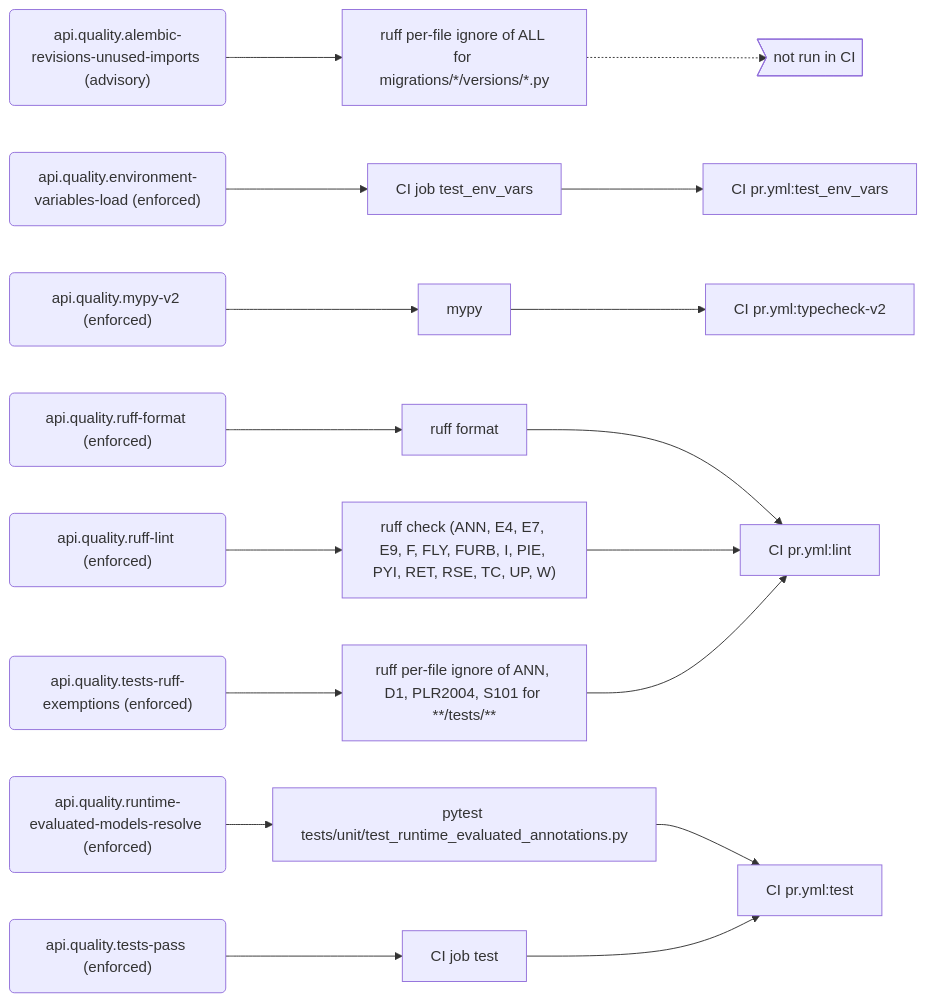
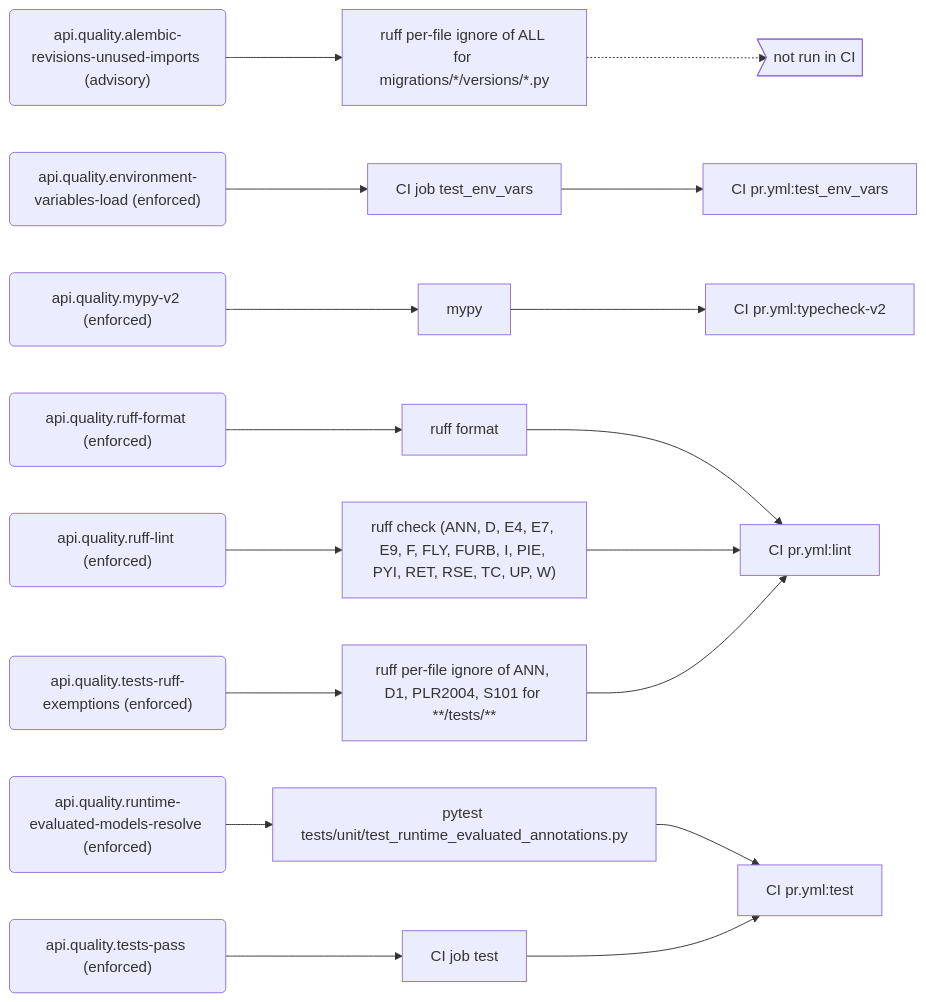
The sixth of 9 diagrams in docs/generated/rules.md (PolicyEngine/policyengine-api), drawn with Mermaid before and after one commit. The commit also changed other lines of this file and 3 other files, not shown here.

First line of the commit message:
Register D in the ruff-lint rule

````diff
--- a/docs/generated/rules.md
+++ b/docs/generated/rules.md
@@ -280,40 +280,40 @@
 ```mermaid
 flowchart LR
   r_api_quality_alembic_revisions_unused_imports("api.quality.alembic-revisions-unused-imports (advisory)")
   e_ruff_per_file_ignore_of_ALL_for_migrations___versions___py["ruff per-file ignore of ALL for migrations/*/versions/*.py"]
   local_only>"not run in CI"]
   r_api_quality_environment_variables_load("api.quality.environment-variables-load (enforced)")
   e_CI_job_test_env_vars["CI job test_env_vars"]
   j_CI_pr_yml_test_env_vars["CI pr.yml:test_env_vars"]
   r_api_quality_mypy_v2("api.quality.mypy-v2 (enforced)")
   e_mypy["mypy"]
   j_CI_pr_yml_typecheck_v2["CI pr.yml:typecheck-v2"]
   r_api_quality_ruff_format("api.quality.ruff-format (enforced)")
   e_ruff_format["ruff format"]
   j_CI_pr_yml_lint["CI pr.yml:lint"]
   r_api_quality_ruff_lint("api.quality.ruff-lint (enforced)")
-  e_ruff_check__ANN__E4__E7__E9__F__FLY__FURB__I__PIE__PYI__RET__RSE__TC__UP__W_["ruff check (ANN, E4, E7, E9, F, FLY, FURB, I, PIE, PYI, RET, RSE, TC, UP, W)"]
+  e_ruff_check__ANN__D__E4__E7__E9__F__FLY__FURB__I__PIE__PYI__RET__RSE__TC__UP__W_["ruff check (ANN, D, E4, E7, E9, F, FLY, FURB, I, PIE, PYI, RET, RSE, TC, UP, W)"]
   r_api_quality_runtime_evaluated_models_resolve("api.quality.runtime-evaluated-models-resolve (enforced)")
   e_pytest_tests_unit_test_runtime_evaluated_annotations_py["pytest tests/unit/test_runtime_evaluated_annotations.py"]
   j_CI_pr_yml_test["CI pr.yml:test"]
   r_api_quality_tests_pass("api.quality.tests-pass (enforced)")
   e_CI_job_test["CI job test"]
   r_api_quality_tests_ruff_exemptions("api.quality.tests-ruff-exemptions (enforced)")
   e_ruff_per_file_ignore_of_ANN__D1__PLR2004__S101_for____tests___["ruff per-file ignore of ANN, D1, PLR2004, S101 for **/tests/**"]
   r_api_quality_alembic_revisions_unused_imports --> e_ruff_per_file_ignore_of_ALL_for_migrations___versions___py
   e_ruff_per_file_ignore_of_ALL_for_migrations___versions___py -.-> local_only
   r_api_quality_environment_variables_load --> e_CI_job_test_env_vars
   e_CI_job_test_env_vars --> j_CI_pr_yml_test_env_vars
   r_api_quality_mypy_v2 --> e_mypy
   e_mypy --> j_CI_pr_yml_typecheck_v2
   r_api_quality_ruff_format --> e_ruff_format
   e_ruff_format --> j_CI_pr_yml_lint
-  r_api_quality_ruff_lint --> e_ruff_check__ANN__E4__E7__E9__F__FLY__FURB__I__PIE__PYI__RET__RSE__TC__UP__W_
-  e_ruff_check__ANN__E4__E7__E9__F__FLY__FURB__I__PIE__PYI__RET__RSE__TC__UP__W_ --> j_CI_pr_yml_lint
+  r_api_quality_ruff_lint --> e_ruff_check__ANN__D__E4__E7__E9__F__FLY__FURB__I__PIE__PYI__RET__RSE__TC__UP__W_
+  e_ruff_check__ANN__D__E4__E7__E9__F__FLY__FURB__I__PIE__PYI__RET__RSE__TC__UP__W_ --> j_CI_pr_yml_lint
   r_api_quality_runtime_evaluated_models_resolve --> e_pytest_tests_unit_test_runtime_evaluated_annotations_py
   e_pytest_tests_unit_test_runtime_evaluated_annotations_py --> j_CI_pr_yml_test
   r_api_quality_tests_pass --> e_CI_job_test
   e_CI_job_test --> j_CI_pr_yml_test
   r_api_quality_tests_ruff_exemptions --> e_ruff_per_file_ignore_of_ANN__D1__PLR2004__S101_for____tests___
   e_ruff_per_file_ignore_of_ANN__D1__PLR2004__S101_for____tests___ --> j_CI_pr_yml_lint
 ```
````
